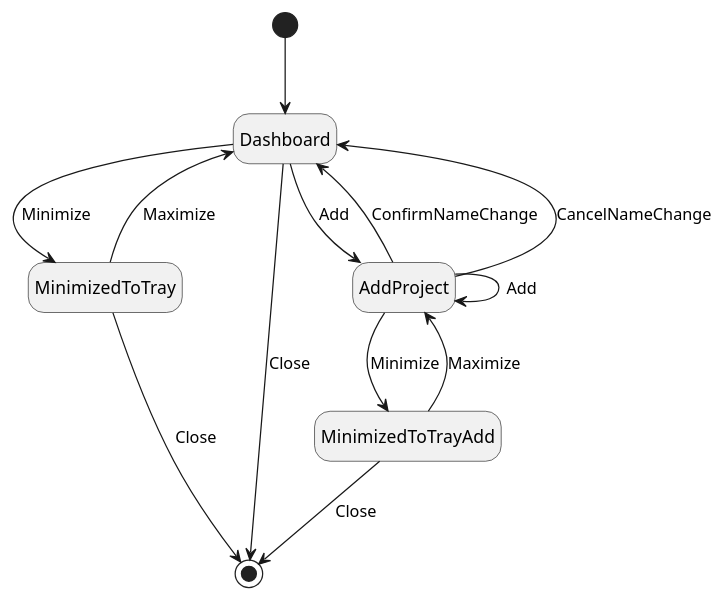
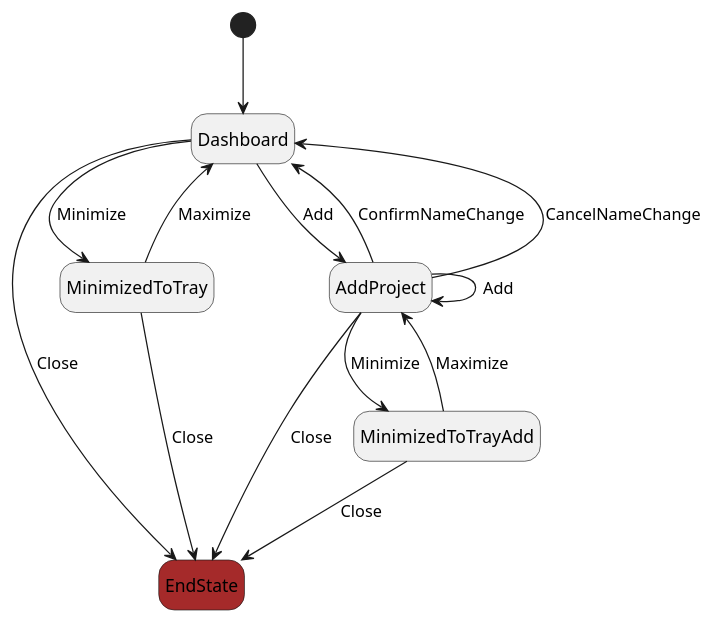
Before and after one commit to JoaoCostaIFG/tvvs: the diagram in assignments/4_model_based_testing/state_machines/state_machine_1.puml, drawn with PlantUML. The commit also changed 2 other files, not shown here.

```diff
--- a/assignments/4_model_based_testing/state_machines/state_machine_1.puml
+++ b/assignments/4_model_based_testing/state_machines/state_machine_1.puml
@@ -1,21 +1,24 @@
 @startuml
 hide empty description
+
+state EndState #brown
 
 [*] --> Dashboard
 
 Dashboard --> MinimizedToTray : Minimize
-Dashboard --> [*] : Close
+Dashboard --> EndState : Close
 Dashboard --> AddProject : Add
 
 AddProject --> MinimizedToTrayAdd : Minimize
+AddProject --> EndState : Close
 AddProject --> Dashboard : ConfirmNameChange
 AddProject --> Dashboard : CancelNameChange
 AddProject --> AddProject : Add
 
 MinimizedToTrayAdd --> AddProject : Maximize
-MinimizedToTrayAdd --> [*] : Close
+MinimizedToTrayAdd --> EndState : Close
 
 MinimizedToTray --> Dashboard : Maximize
-MinimizedToTray --> [*] : Close
+MinimizedToTray --> EndState : Close
 
 @enduml
```
